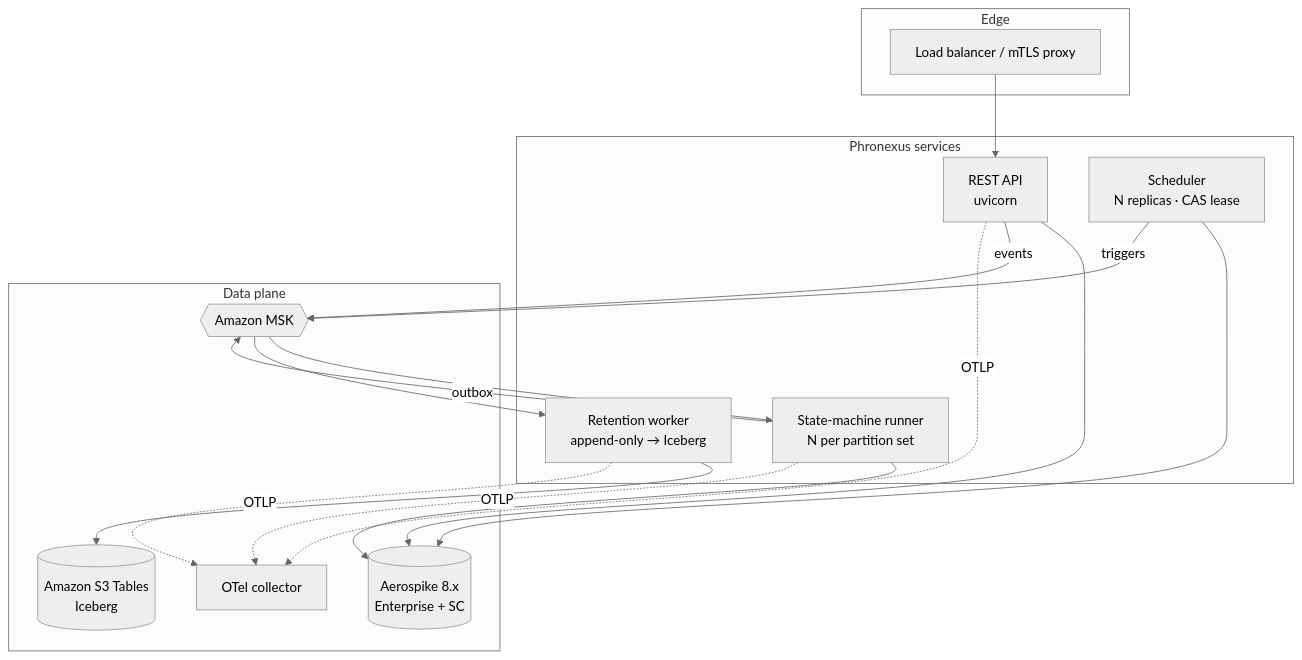
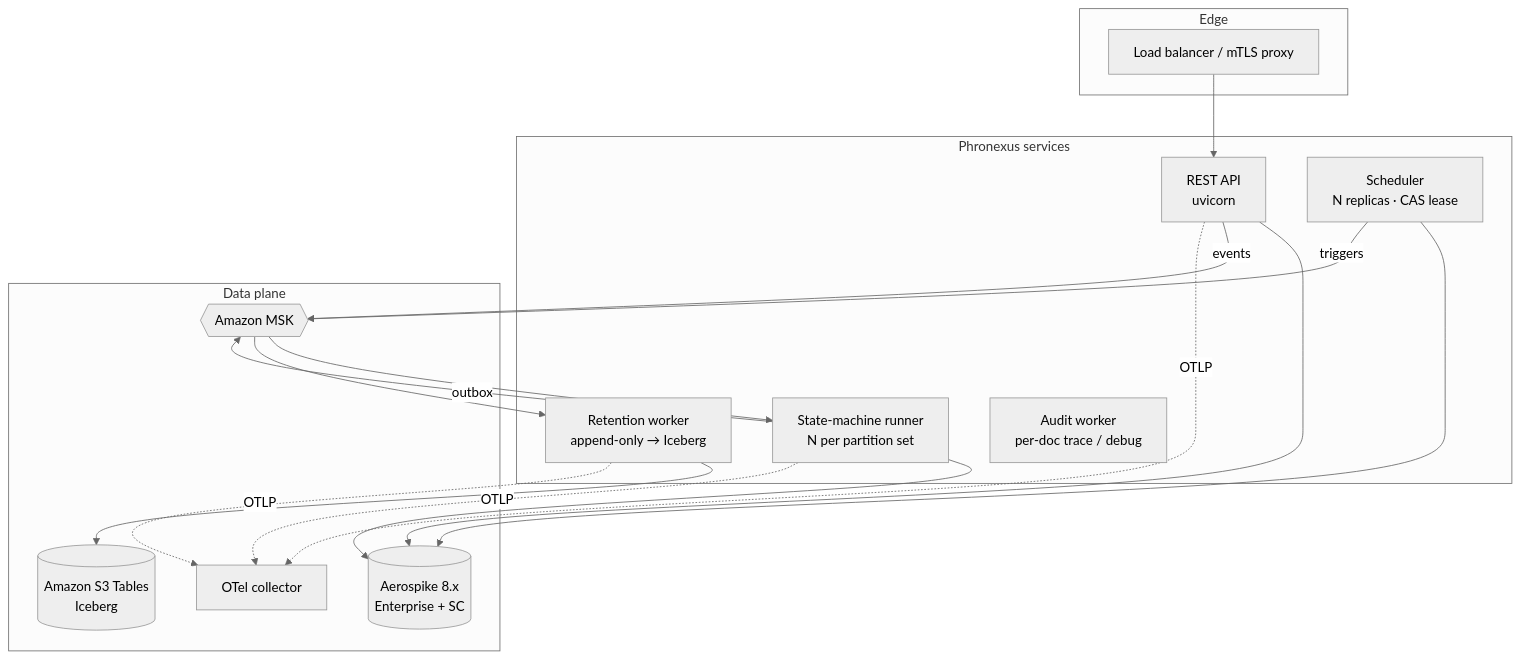
The first of 2 diagrams in docs/deployment.md (shubham3582/test), drawn with Mermaid (neutral theme) before and after one commit. The commit also changed other lines of this file and 38 other files, not shown here.

````diff
--- a/docs/deployment.md
+++ b/docs/deployment.md
@@ -9,31 +9,32 @@
 ```mermaid
 flowchart TB
     subgraph edge[Edge]
       LB[Load balancer / mTLS proxy]
     end
     subgraph svc[Phronexus services]
       API[REST API<br/>uvicorn]
       RUN[State-machine runner<br/>N per partition set]
       SCH[Scheduler<br/>N replicas · CAS lease]
       RET[Retention worker<br/>append-only → Iceberg]
+      AUD[Audit worker<br/>per-doc trace / debug]
     end
     subgraph data[Data plane]
       AERO[(Aerospike 8.x<br/>Enterprise + SC)]
       MSK{{Amazon MSK}}
       S3T[(Amazon S3 Tables<br/>Iceberg)]
       OTEL[OTel collector]
     end
 
     LB --> API
     API --> AERO
     API -- events --> MSK
     RUN --> AERO
     MSK --> RUN
     RUN -- outbox --> MSK
     SCH --> AERO
     SCH -- triggers --> MSK
     MSK --> RET --> S3T
     API -.OTLP.-> OTEL
     RUN -.OTLP.-> OTEL
     RET -.OTLP.-> OTEL
 ```
````
